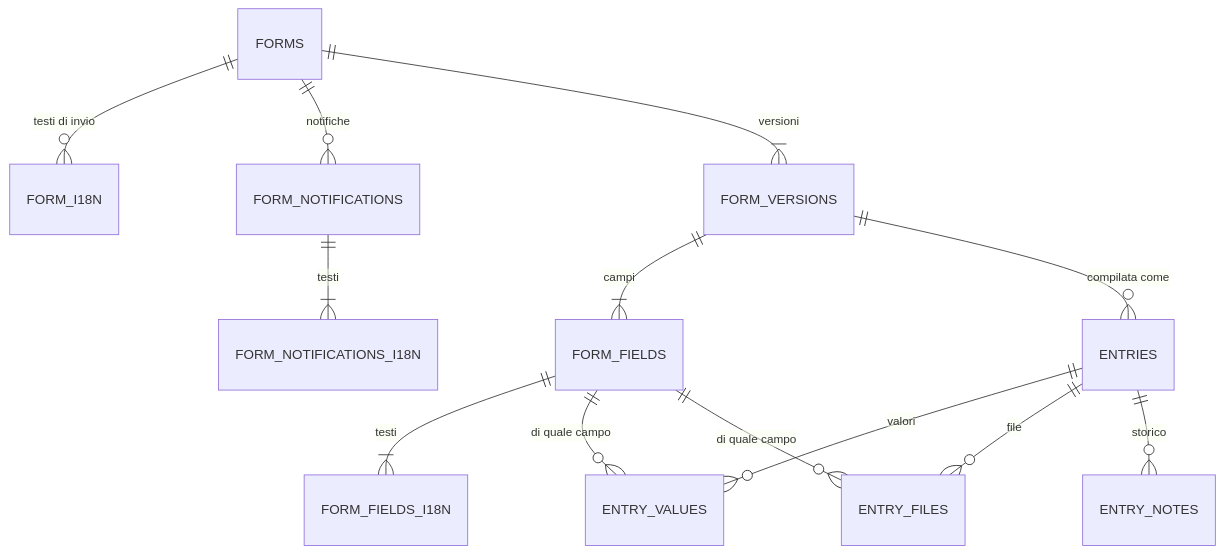
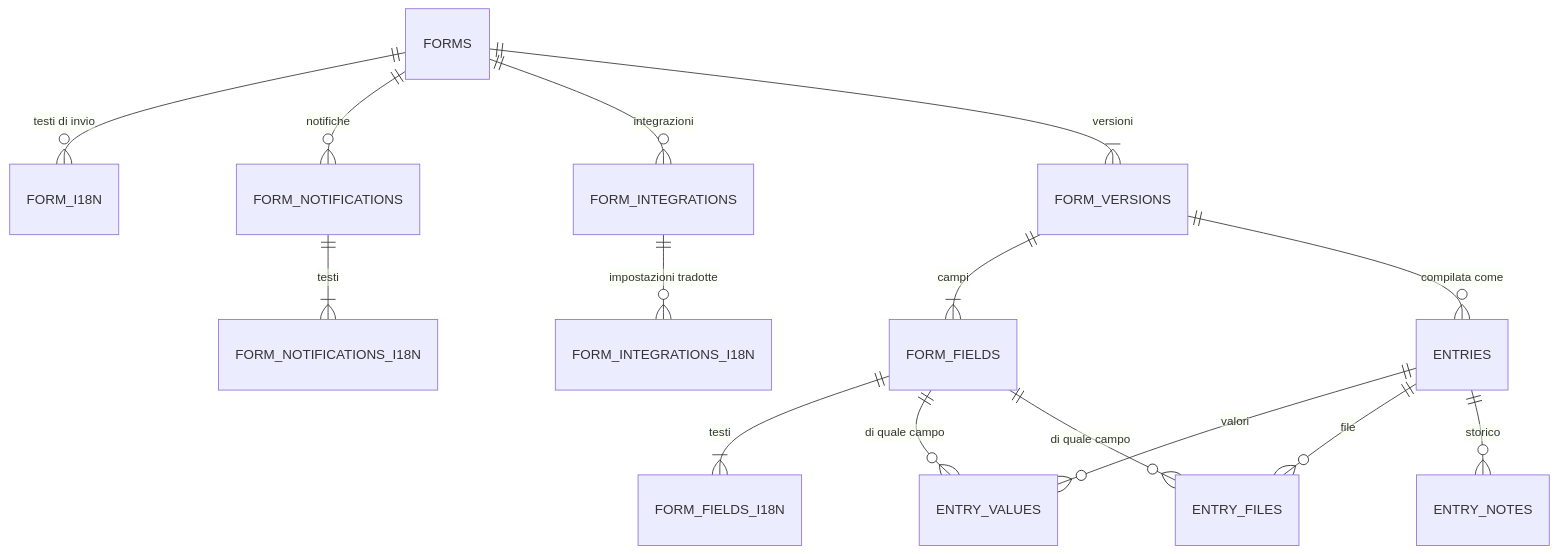
Before and after one commit to hellobarrio/suite-barrio: the diagram in PLAN.md, drawn with Mermaid. The commit also changed other lines of this file and 45 other files, not shown here.

````diff
--- a/PLAN.md
+++ b/PLAN.md
@@ -91,15 +91,17 @@
 ```mermaid
 erDiagram
   FORMS ||--o{ FORM_I18N : "testi di invio"
   FORMS ||--o{ FORM_NOTIFICATIONS : "notifiche"
   FORM_NOTIFICATIONS ||--|{ FORM_NOTIFICATIONS_I18N : "testi"
+  FORMS ||--o{ FORM_INTEGRATIONS : "integrazioni"
+  FORM_INTEGRATIONS ||--o{ FORM_INTEGRATIONS_I18N : "impostazioni tradotte"
   FORMS ||--|{ FORM_VERSIONS : "versioni"
   FORM_VERSIONS ||--|{ FORM_FIELDS : "campi"
   FORM_FIELDS ||--|{ FORM_FIELDS_I18N : "testi"
   FORM_VERSIONS ||--o{ ENTRIES : "compilata come"
   ENTRIES ||--o{ ENTRY_VALUES : "valori"
   FORM_FIELDS ||--o{ ENTRY_VALUES : "di quale campo"
   ENTRIES ||--o{ ENTRY_FILES : "file"
   FORM_FIELDS ||--o{ ENTRY_FILES : "di quale campo"
   ENTRIES ||--o{ ENTRY_NOTES : "storico"
 ```
````
